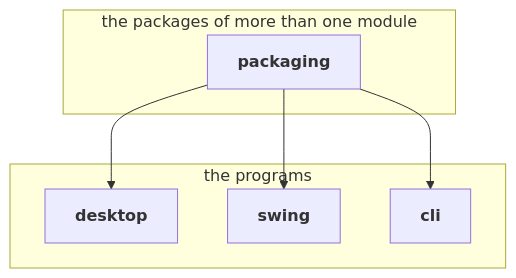
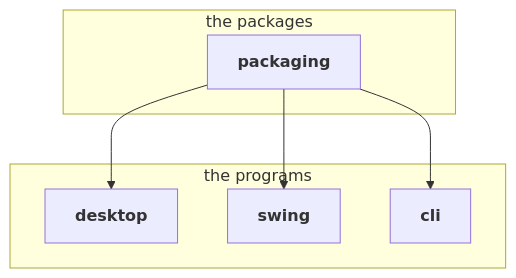
Before and after one commit to loplex/sandbox_testing_repo_1: the fourth of 4 diagrams in docs/developing.md, drawn with Mermaid. The commit also changed other lines of this file and 19 other files, not shown here.

````diff
--- a/docs/developing.md
+++ b/docs/developing.md
@@ -181,16 +181,16 @@
 ```mermaid
 graph TD
-    subgraph packages [the packages of more than one module]
+    subgraph packages [the packages]
         packaging
     end
     subgraph programs [the programs]
         desktop
         swing
         cli
     end
     packaging --> desktop
     packaging --> swing
     packaging --> cli
     classDef program font-weight:bold
     class packaging,desktop,swing,cli program
 ```
````
